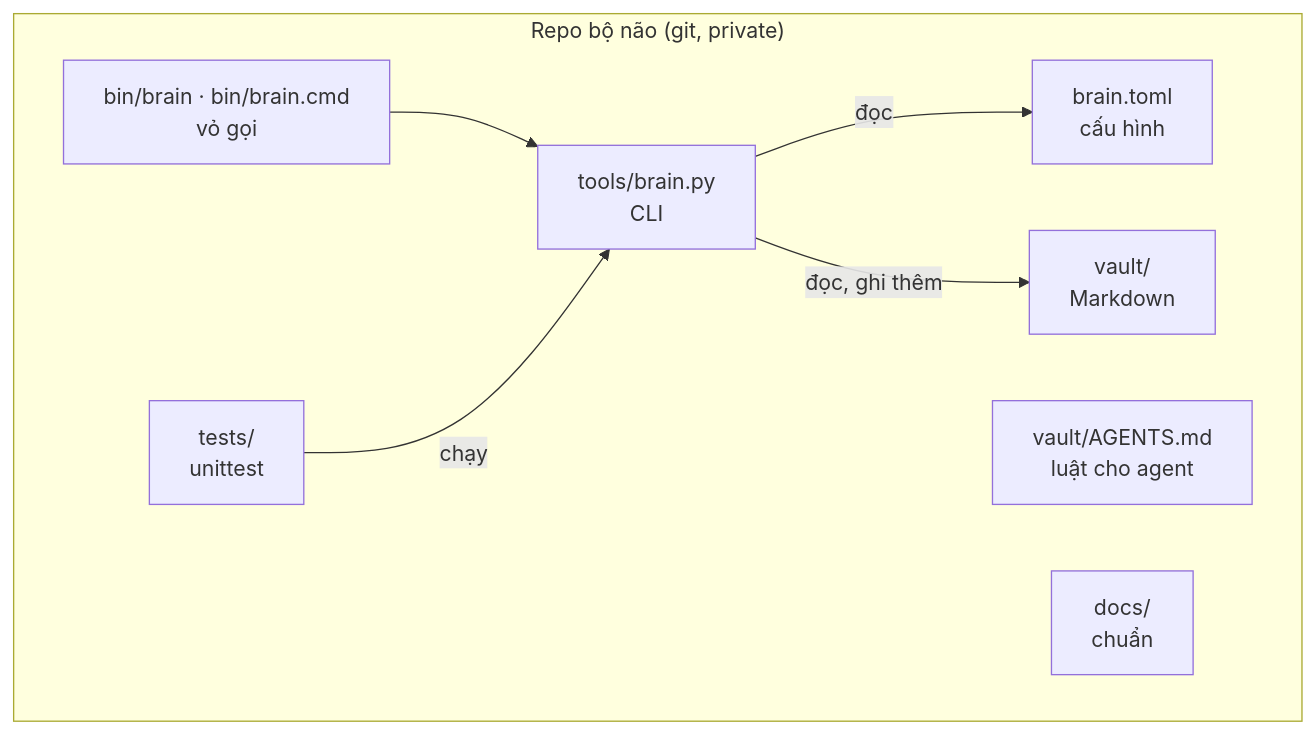
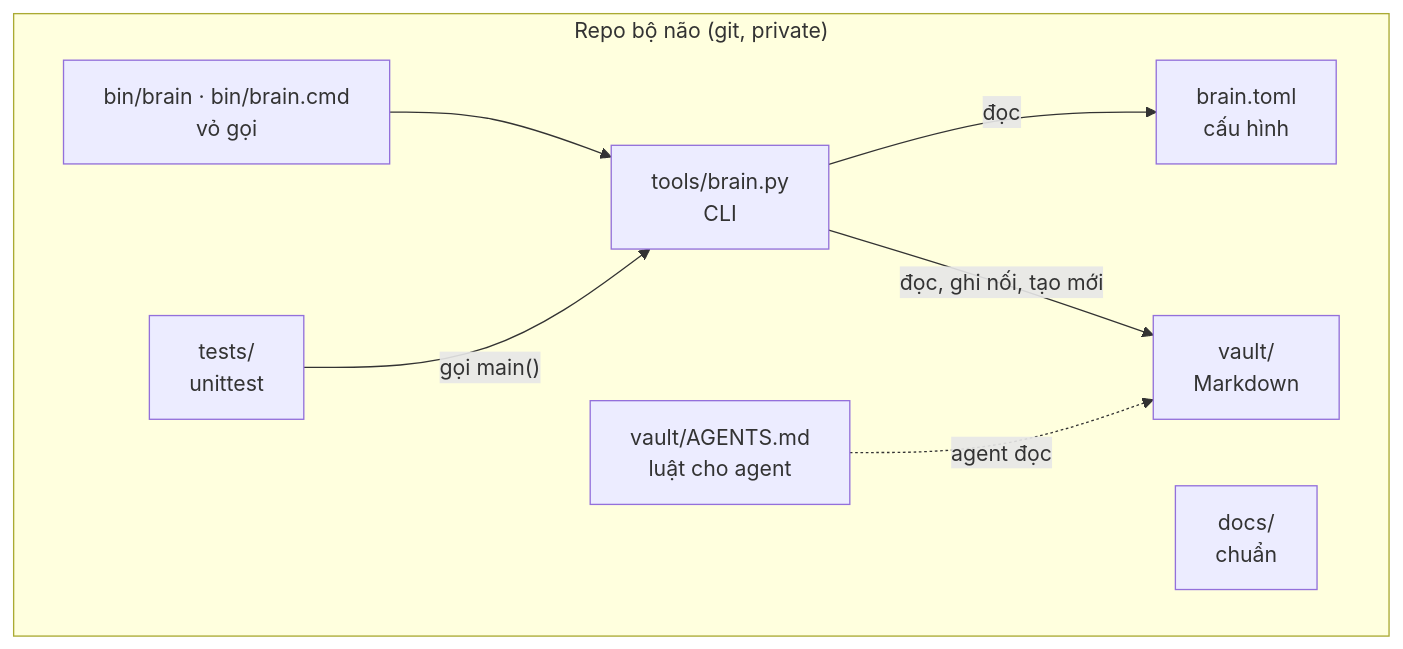
The second of 9 diagrams in docs/kien-truc-he-thong.md (DaveTran243/Brain_Standard), drawn with Mermaid before and after one commit. The commit also changed other lines of this file and 1 other file, not shown here.

````diff
--- a/docs/kien-truc-he-thong.md
+++ b/docs/kien-truc-he-thong.md
@@ -145,16 +241,17 @@
 ```mermaid
 flowchart TB
   subgraph Repo["Repo bộ não (git, private)"]
     CFG["brain.toml<br/>cấu hình"]
     V["vault/<br/>Markdown"]
     CLI["tools/brain.py<br/>CLI"]
     W["bin/brain · bin/brain.cmd<br/>vỏ gọi"]
     AGM["vault/AGENTS.md<br/>luật cho agent"]
     T["tests/<br/>unittest"]
     D["docs/<br/>chuẩn"]
   end
   W --> CLI
   CLI -- "đọc" --> CFG
-  CLI -- "đọc, ghi thêm" --> V
-  T -- "chạy" --> CLI
+  CLI -- "đọc, ghi nối, tạo mới" --> V
+  T -- "gọi main()" --> CLI
+  AGM -. "agent đọc" .-> V
 ```
````
